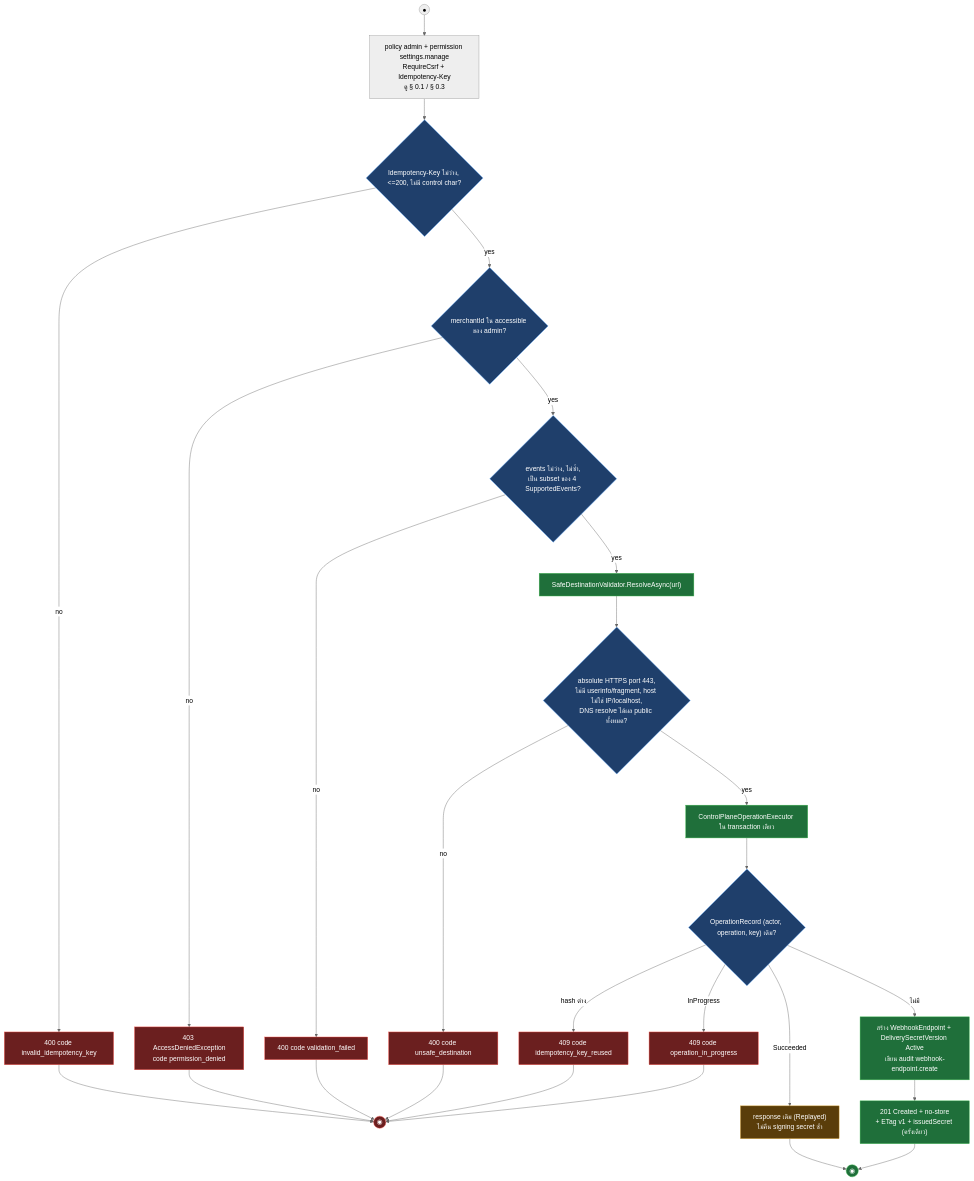
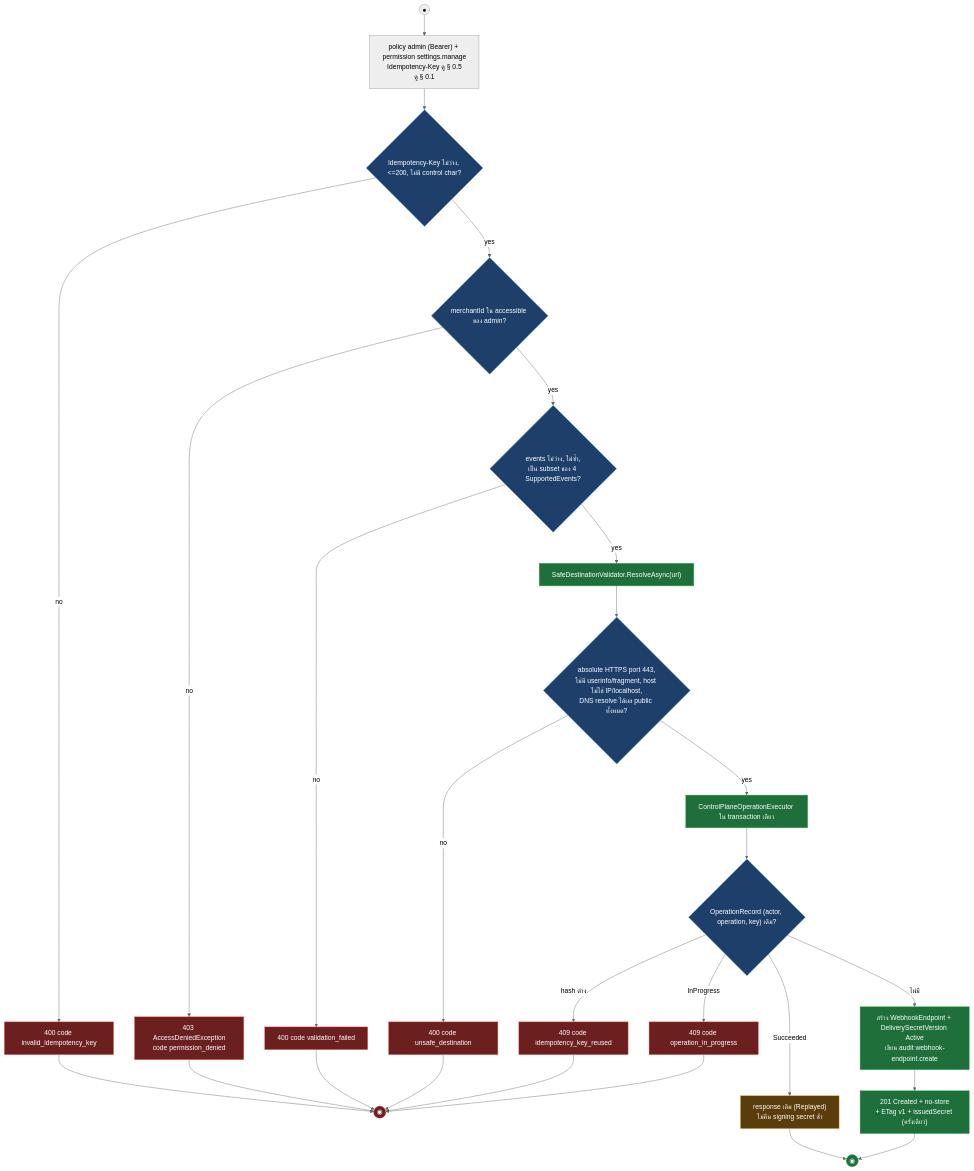
The fourth of 9 diagrams in outputs/diagrams/2026-09-14_api-endpoints_v1/13-notifications-outbound-webhooks.activities.md (metrodiesign/pol-core), drawn with Mermaid (neutral theme) before and after one commit. The commit also changed other lines of this file and 42 other files, not shown here.

First line of the commit message:
docs: align reference docs and the API diagram set with the Bearer-only admin plane

````diff
--- a/outputs/diagrams/2026-09-14_api-endpoints_v1/13-notifications-outbound-webhooks.activities.md
+++ b/outputs/diagrams/2026-09-14_api-endpoints_v1/13-notifications-outbound-webhooks.activities.md
@@ -215,37 +215,37 @@
 ```mermaid
 flowchart TD
-    START((●)) --> GATE["policy admin + permission settings.manage<br/>RequireCsrf + Idempotency-Key<br/>ดู § 0.1 / § 0.3"]
+    START((●)) --> GATE["policy admin (Bearer) + permission settings.manage<br/>Idempotency-Key ดู § 0.5<br/>ดู § 0.1"]
     GATE --> IDEM{"Idempotency-Key ไม่ว่าง, <=200, ไม่มี control char?"}
     IDEM -->|no| R400_I["400 code invalid_idempotency_key"]
     IDEM -->|yes| SCOPE{"merchantId ใน accessible ของ admin?"}
     SCOPE -->|no| R403["403 AccessDeniedException<br/>code permission_denied"]
     SCOPE -->|yes| EVQ{"events ไม่ว่าง, ไม่ซ้ำ,<br/>เป็น subset ของ 4 SupportedEvents?"}
     EVQ -->|no| R400_V["400 code validation_failed"]
     EVQ -->|yes| SSRF["SafeDestinationValidator.ResolveAsync(url)"]
     SSRF --> SSRFQ{"absolute HTTPS port 443,<br/>ไม่มี userinfo/fragment, host ไม่ใช่ IP/localhost,<br/>DNS resolve ได้ผล public ทั้งหมด?"}
     SSRFQ -->|no| R400_U["400 code unsafe_destination"]
     SSRFQ -->|yes| EXEC["ControlPlaneOperationExecutor ใน transaction เดียว"]
     EXEC --> PRIOR{"OperationRecord (actor, operation, key) เดิม?"}
     PRIOR -->|"hash ต่าง"| R409_K["409 code idempotency_key_reused"]
     PRIOR -->|"InProgress"| R409_P["409 code operation_in_progress"]
     PRIOR -->|"Succeeded"| REPLAY["response เดิม (Replayed)<br/>ไม่คืน signing secret ซ้ำ"]
     PRIOR -->|"ไม่มี"| CREATE["สร้าง WebhookEndpoint + DeliverySecretVersion Active<br/>เขียน audit webhook-endpoint.create"]
     CREATE --> R201["201 Created + no-store<br/>+ ETag v1 + issuedSecret (ครั้งเดียว)"]
     R201 --> END_S((◉))
     REPLAY --> END_S
     R403 --> END_F((◉))
     R400_I --> END_F
     R400_V --> END_F
     R400_U --> END_F
     R409_K --> END_F
     R409_P --> END_F
 
     classDef ok fill:#1f6f3a,stroke:#3fb950,color:#fff
     classDef fail fill:#6b1f1f,stroke:#f85149,color:#fff
     classDef gate fill:#1f3f6b,stroke:#58a6ff,color:#fff
     classDef warn fill:#5a3d0a,stroke:#d29922,color:#fff
     class SSRF,EXEC,CREATE,R201,END_S ok
     class R403,R400_I,R400_V,R400_U,R409_K,R409_P,END_F fail
     class IDEM,SCOPE,EVQ,SSRFQ,PRIOR gate
     class REPLAY warn
 ```
````
